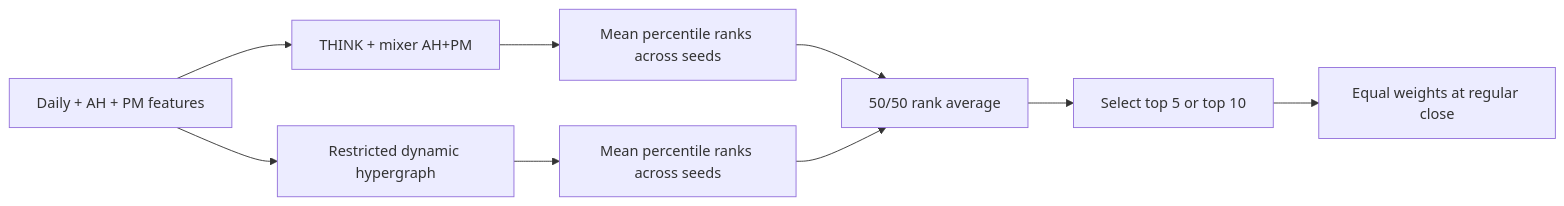
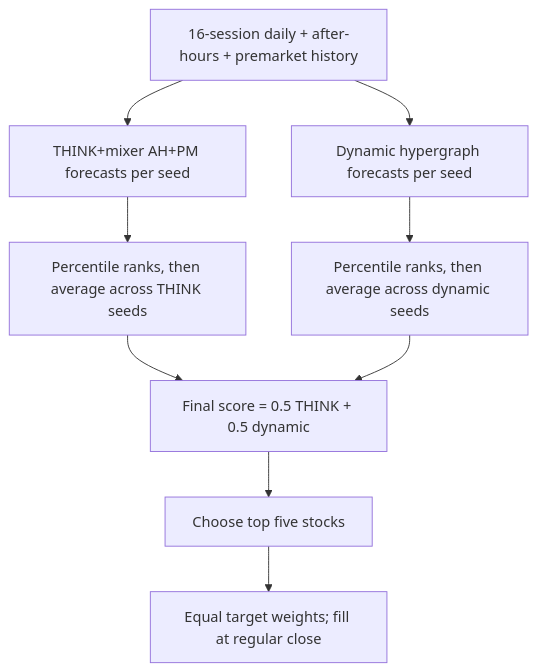
Before and after one commit to acm-research-f26/Hypershift: the diagram in charts.md, drawn with Mermaid. The commit also changed other lines of this file and 5 other files, not shown here.

````diff
--- a/charts.md
+++ b/charts.md
@@ -26,11 +60,11 @@
 ```mermaid
-flowchart LR
-  A[Daily + AH + PM features] --> B[THINK + mixer AH+PM]
-  A --> C[Restricted dynamic hypergraph]
-  B --> D[Mean percentile ranks across seeds]
-  C --> E[Mean percentile ranks across seeds]
-  D --> F[50/50 rank average]
+flowchart TD
+  A[16-session daily + after-hours + premarket history] --> B[THINK+mixer AH+PM forecasts per seed]
+  A --> C[Dynamic hypergraph forecasts per seed]
+  B --> D[Percentile ranks, then average across THINK seeds]
+  C --> E[Percentile ranks, then average across dynamic seeds]
+  D --> F[Final score = 0.5 THINK + 0.5 dynamic]
   E --> F
-  F --> G[Select top 5 or top 10]
-  G --> H[Equal weights at regular close]
+  F --> G[Choose top five stocks]
+  G --> H[Equal target weights; fill at regular close]
 ```
````
